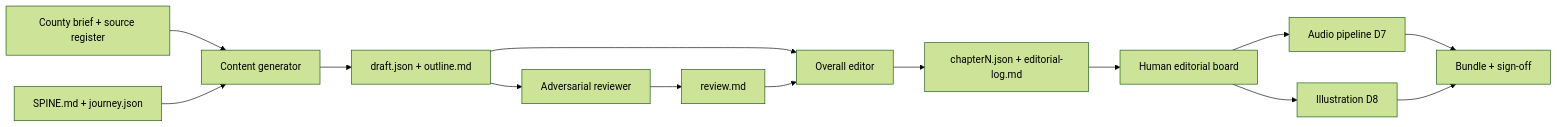
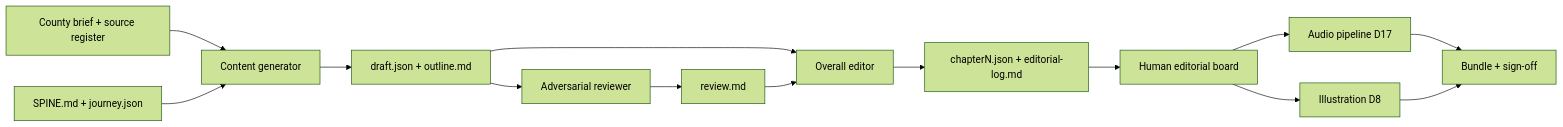
One commit to cbrown564-alt/an-turas changed the diagram in docs/CONTENT-PIPELINE.md. Above: the diagram before and after it, drawn with Mermaid (forest theme). The commit also changed other lines of this file and 180 other files, not shown here.

````diff
--- a/docs/CONTENT-PIPELINE.md
+++ b/docs/CONTENT-PIPELINE.md
@@ -142,16 +142,16 @@
 ```mermaid
 flowchart LR
   COUNTY[County brief + source register] --> GEN[Content generator]
   SPINE[SPINE.md + journey.json] --> GEN
   GEN --> DRAFT[draft.json + outline.md]
   DRAFT --> ADV[Adversarial reviewer]
   ADV --> REV[review.md]
   DRAFT --> EDIT[Overall editor]
   REV --> EDIT
   EDIT --> FINAL[chapterN.json + editorial-log.md]
   FINAL --> BOARD[Human editorial board]
-  BOARD --> AUDIO[Audio pipeline D7]
+  BOARD --> AUDIO[Audio pipeline D17]
   BOARD --> ART[Illustration D8]
   AUDIO --> SHIP[Bundle + sign-off]
   ART --> SHIP
 ```
````
